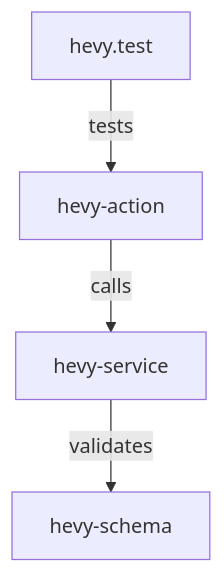
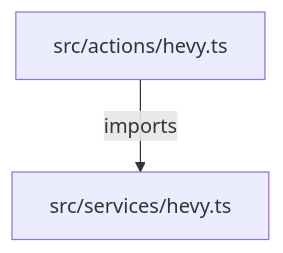
The diagram in .agent/workflows/knowledge.md (Techlemariam/IronForge), drawn with Mermaid before and after one commit. The commit also changed other lines of this file and 496 other files, not shown here.

````diff
--- a/.agent/workflows/knowledge.md
+++ b/.agent/workflows/knowledge.md
@@ -54,6 +49,4 @@
 ```mermaid
 graph TD
-  A[hevy-action] -->|calls| B[hevy-service]
-  B -->|validates| C[hevy-schema]
-  D[hevy.test] -->|tests| A
+  A[src/actions/hevy.ts] -->|imports| B[src/services/hevy.ts]
 ```
````
